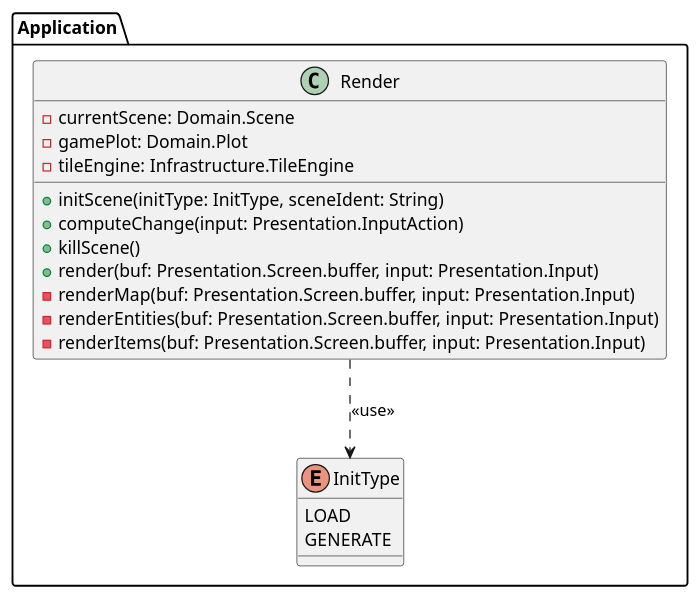
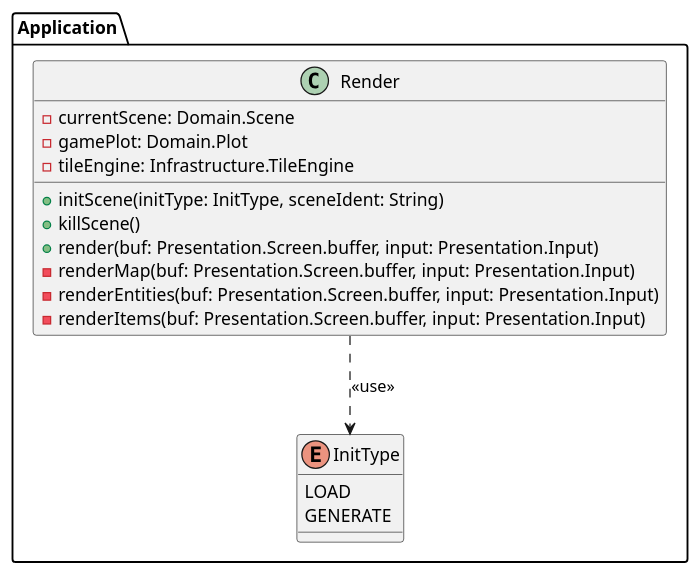
Before and after one commit to VyacheslavIurevich/diagrams: the diagram in src/application.puml, drawn with PlantUML. The commit also changed other lines of this file and 4 other files, not shown here.

```diff
--- a/src/application.puml
+++ b/src/application.puml
@@ -1,23 +1,22 @@
 @startuml
 namespace Application {
     enum InitType {
         LOAD
         GENERATE
     }
 
     class Render {
         - currentScene: Domain.Scene
         - gamePlot: Domain.Plot
         - tileEngine: Infrastructure.TileEngine
         + initScene(initType: InitType, sceneIdent: String)
-        + computeChange(input: Presentation.InputAction)
         + killScene()
         + render(buf: Presentation.Screen.buffer, input: Presentation.Input)
         - renderMap(buf: Presentation.Screen.buffer, input: Presentation.Input)
         - renderEntities(buf: Presentation.Screen.buffer, input: Presentation.Input)
         - renderItems(buf: Presentation.Screen.buffer, input: Presentation.Input)
     }
 
     Render ..> InitType : <<use>>
 }
 @enduml
```
